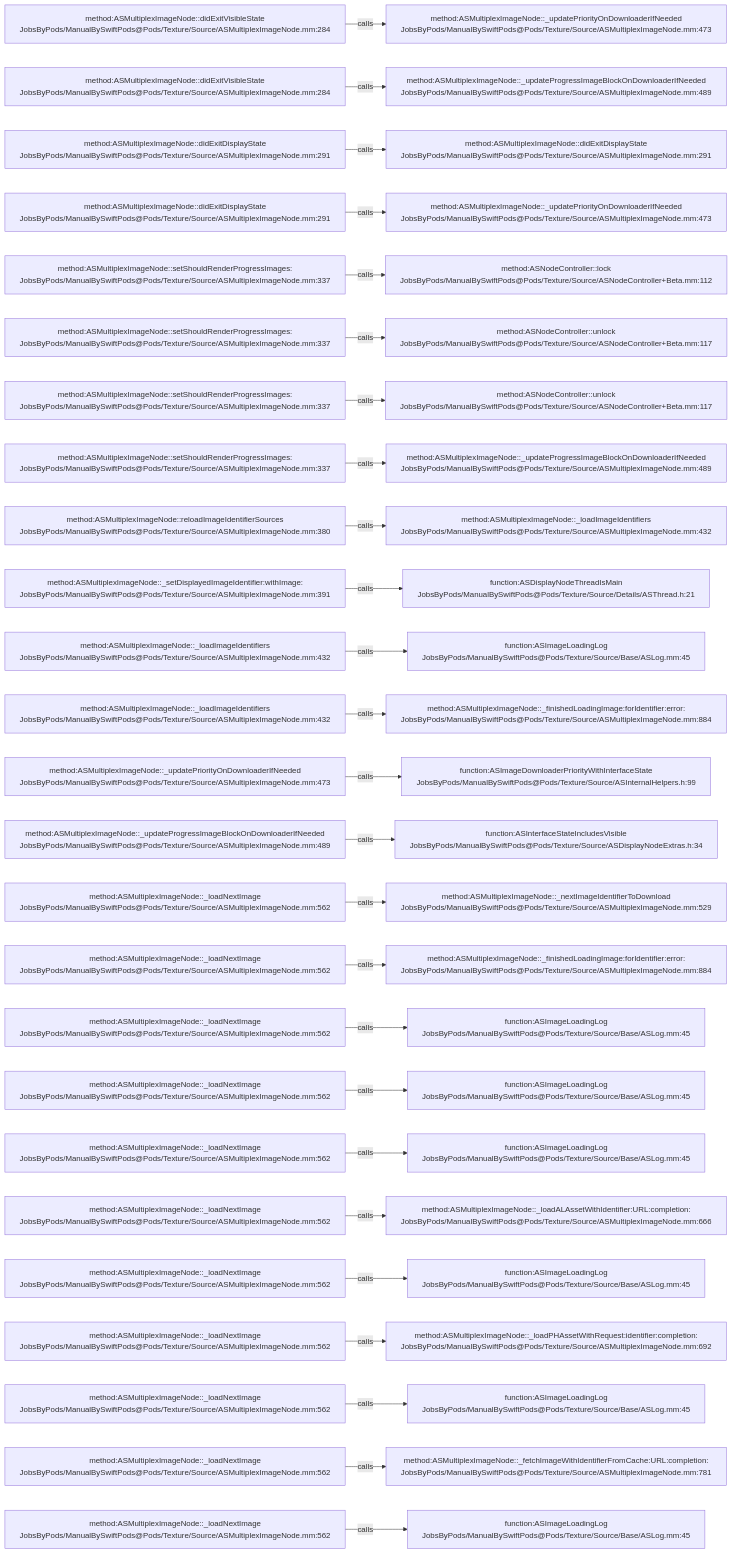
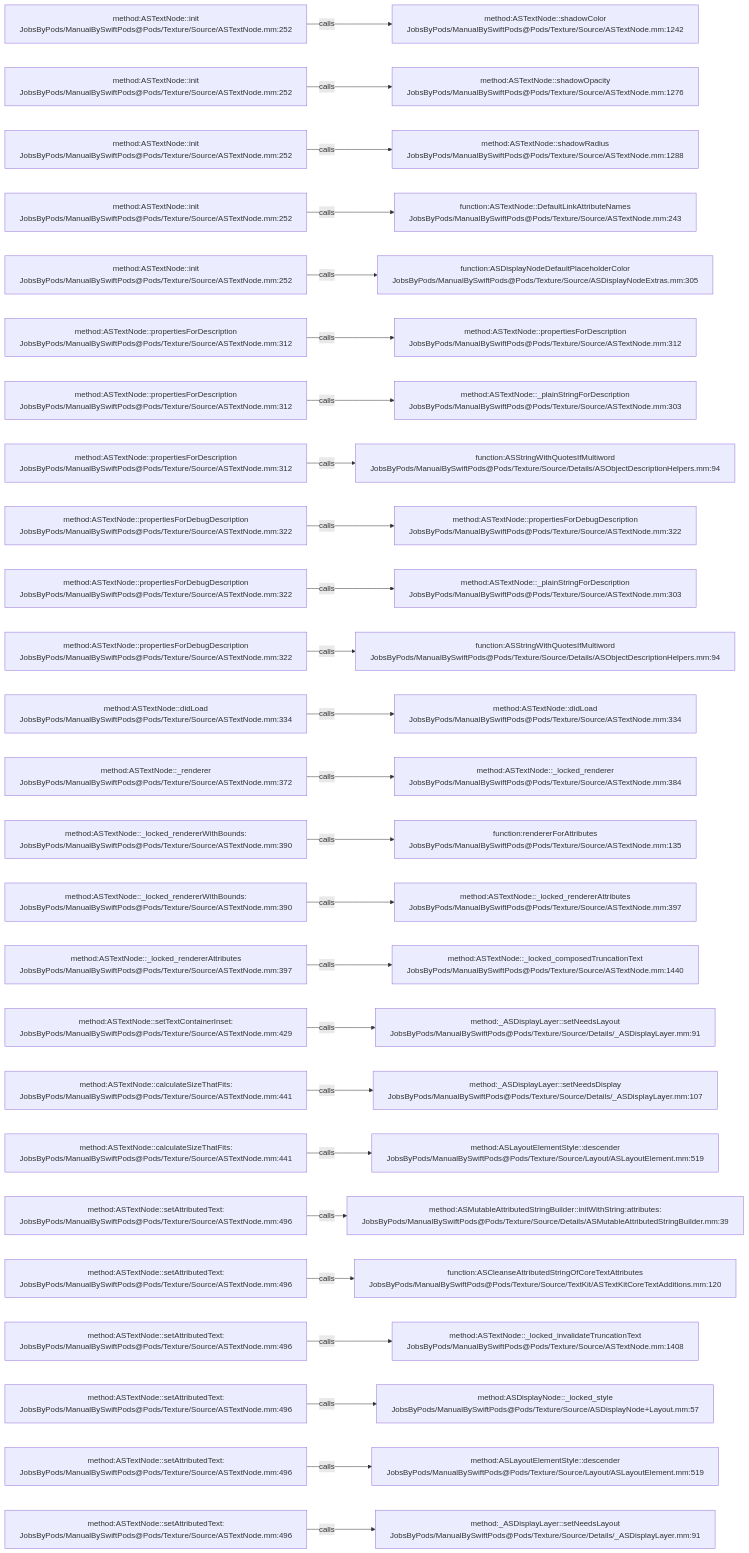
The diagram in .codegraph/codegraph.md/graphs/calls-066.md (JobsKits/JobsSwiftBaseConfigDemo), drawn with Mermaid before and after one commit. The commit also changed 832 other files, not shown here.

````diff
--- a/.codegraph/codegraph.md/graphs/calls-066.md
+++ b/.codegraph/codegraph.md/graphs/calls-066.md
@@ -13,78 +13,78 @@
 ```mermaid
 flowchart LR
-  S1["method:ASMultiplexImageNode::didExitVisibleState<br/>JobsByPods/ManualBySwiftPods@Pods/Texture/Source/ASMultiplexImageNode.mm:284"]
-  T1["method:ASMultiplexImageNode::_updatePriorityOnDownloaderIfNeeded<br/>JobsByPods/ManualBySwiftPods@Pods/Texture/Source/ASMultiplexImageNode.mm:473"]
+  S1["method:ASTextNode::init<br/>JobsByPods/ManualBySwiftPods@Pods/Texture/Source/ASTextNode.mm:252"]
+  T1["method:ASTextNode::shadowColor<br/>JobsByPods/ManualBySwiftPods@Pods/Texture/Source/ASTextNode.mm:1242"]
   S1 -->|calls| T1
-  S2["method:ASMultiplexImageNode::didExitVisibleState<br/>JobsByPods/ManualBySwiftPods@Pods/Texture/Source/ASMultiplexImageNode.mm:284"]
-  T2["method:ASMultiplexImageNode::_updateProgressImageBlockOnDownloaderIfNeeded<br/>JobsByPods/ManualBySwiftPods@Pods/Texture/Source/ASMultiplexImageNode.mm:489"]
+  S2["method:ASTextNode::init<br/>JobsByPods/ManualBySwiftPods@Pods/Texture/Source/ASTextNode.mm:252"]
+  T2["method:ASTextNode::shadowOpacity<br/>JobsByPods/ManualBySwiftPods@Pods/Texture/Source/ASTextNode.mm:1276"]
   S2 -->|calls| T2
-  S3["method:ASMultiplexImageNode::didExitDisplayState<br/>JobsByPods/ManualBySwiftPods@Pods/Texture/Source/ASMultiplexImageNode.mm:291"]
-  T3["method:ASMultiplexImageNode::didExitDisplayState<br/>JobsByPods/ManualBySwiftPods@Pods/Texture/Source/ASMultiplexImageNode.mm:291"]
+  S3["method:ASTextNode::init<br/>JobsByPods/ManualBySwiftPods@Pods/Texture/Source/ASTextNode.mm:252"]
+  T3["method:ASTextNode::shadowRadius<br/>JobsByPods/ManualBySwiftPods@Pods/Texture/Source/ASTextNode.mm:1288"]
   S3 -->|calls| T3
-  S4["method:ASMultiplexImageNode::didExitDisplayState<br/>JobsByPods/ManualBySwiftPods@Pods/Texture/Source/ASMultiplexImageNode.mm:291"]
-  T4["method:ASMultiplexImageNode::_updatePriorityOnDownloaderIfNeeded<br/>JobsByPods/ManualBySwiftPods@Pods/Texture/Source/ASMultiplexImageNode.mm:473"]
+  S4["method:ASTextNode::init<br/>JobsByPods/ManualBySwiftPods@Pods/Texture/Source/ASTextNode.mm:252"]
+  T4["function:ASTextNode::DefaultLinkAttributeNames<br/>JobsByPods/ManualBySwiftPods@Pods/Texture/Source/ASTextNode.mm:243"]
   S4 -->|calls| T4
-  S5["method:ASMultiplexImageNode::setShouldRenderProgressImages:<br/>JobsByPods/ManualBySwiftPods@Pods/Texture/Source/ASMultiplexImageNode.mm:337"]
-  T5["method:ASNodeController::lock<br/>JobsByPods/ManualBySwiftPods@Pods/Texture/Source/ASNodeController+Beta.mm:112"]
+  S5["method:ASTextNode::init<br/>JobsByPods/ManualBySwiftPods@Pods/Texture/Source/ASTextNode.mm:252"]
+  T5["function:ASDisplayNodeDefaultPlaceholderColor<br/>JobsByPods/ManualBySwiftPods@Pods/Texture/Source/ASDisplayNodeExtras.mm:305"]
   S5 -->|calls| T5
-  S6["method:ASMultiplexImageNode::setShouldRenderProgressImages:<br/>JobsByPods/ManualBySwiftPods@Pods/Texture/Source/ASMultiplexImageNode.mm:337"]
-  T6["method:ASNodeController::unlock<br/>JobsByPods/ManualBySwiftPods@Pods/Texture/Source/ASNodeController+Beta.mm:117"]
+  S6["method:ASTextNode::propertiesForDescription<br/>JobsByPods/ManualBySwiftPods@Pods/Texture/Source/ASTextNode.mm:312"]
+  T6["method:ASTextNode::propertiesForDescription<br/>JobsByPods/ManualBySwiftPods@Pods/Texture/Source/ASTextNode.mm:312"]
   S6 -->|calls| T6
-  S7["method:ASMultiplexImageNode::setShouldRenderProgressImages:<br/>JobsByPods/ManualBySwiftPods@Pods/Texture/Source/ASMultiplexImageNode.mm:337"]
-  T7["method:ASNodeController::unlock<br/>JobsByPods/ManualBySwiftPods@Pods/Texture/Source/ASNodeController+Beta.mm:117"]
+  S7["method:ASTextNode::propertiesForDescription<br/>JobsByPods/ManualBySwiftPods@Pods/Texture/Source/ASTextNode.mm:312"]
+  T7["method:ASTextNode::_plainStringForDescription<br/>JobsByPods/ManualBySwiftPods@Pods/Texture/Source/ASTextNode.mm:303"]
   S7 -->|calls| T7
-  S8["method:ASMultiplexImageNode::setShouldRenderProgressImages:<br/>JobsByPods/ManualBySwiftPods@Pods/Texture/Source/ASMultiplexImageNode.mm:337"]
-  T8["method:ASMultiplexImageNode::_updateProgressImageBlockOnDownloaderIfNeeded<br/>JobsByPods/ManualBySwiftPods@Pods/Texture/Source/ASMultiplexImageNode.mm:489"]
+  S8["method:ASTextNode::propertiesForDescription<br/>JobsByPods/ManualBySwiftPods@Pods/Texture/Source/ASTextNode.mm:312"]
+  T8["function:ASStringWithQuotesIfMultiword<br/>JobsByPods/ManualBySwiftPods@Pods/Texture/Source/Details/ASObjectDescriptionHelpers.mm:94"]
   S8 -->|calls| T8
-  S9["method:ASMultiplexImageNode::reloadImageIdentifierSources<br/>JobsByPods/ManualBySwiftPods@Pods/Texture/Source/ASMultiplexImageNode.mm:380"]
-  T9["method:ASMultiplexImageNode::_loadImageIdentifiers<br/>JobsByPods/ManualBySwiftPods@Pods/Texture/Source/ASMultiplexImageNode.mm:432"]
+  S9["method:ASTextNode::propertiesForDebugDescription<br/>JobsByPods/ManualBySwiftPods@Pods/Texture/Source/ASTextNode.mm:322"]
+  T9["method:ASTextNode::propertiesForDebugDescription<br/>JobsByPods/ManualBySwiftPods@Pods/Texture/Source/ASTextNode.mm:322"]
   S9 -->|calls| T9
-  S10["method:ASMultiplexImageNode::_setDisplayedImageIdentifier:withImage:<br/>JobsByPods/ManualBySwiftPods@Pods/Texture/Source/ASMultiplexImageNode.mm:391"]
-  T10["function:ASDisplayNodeThreadIsMain<br/>JobsByPods/ManualBySwiftPods@Pods/Texture/Source/Details/ASThread.h:21"]
+  S10["method:ASTextNode::propertiesForDebugDescription<br/>JobsByPods/ManualBySwiftPods@Pods/Texture/Source/ASTextNode.mm:322"]
+  T10["method:ASTextNode::_plainStringForDescription<br/>JobsByPods/ManualBySwiftPods@Pods/Texture/Source/ASTextNode.mm:303"]
   S10 -->|calls| T10
-  S11["method:ASMultiplexImageNode::_loadImageIdentifiers<br/>JobsByPods/ManualBySwiftPods@Pods/Texture/Source/ASMultiplexImageNode.mm:432"]
-  T11["function:ASImageLoadingLog<br/>JobsByPods/ManualBySwiftPods@Pods/Texture/Source/Base/ASLog.mm:45"]
+  S11["method:ASTextNode::propertiesForDebugDescription<br/>JobsByPods/ManualBySwiftPods@Pods/Texture/Source/ASTextNode.mm:322"]
+  T11["function:ASStringWithQuotesIfMultiword<br/>JobsByPods/ManualBySwiftPods@Pods/Texture/Source/Details/ASObjectDescriptionHelpers.mm:94"]
   S11 -->|calls| T11
-  S12["method:ASMultiplexImageNode::_loadImageIdentifiers<br/>JobsByPods/ManualBySwiftPods@Pods/Texture/Source/ASMultiplexImageNode.mm:432"]
-  T12["method:ASMultiplexImageNode::_finishedLoadingImage:forIdentifier:error:<br/>JobsByPods/ManualBySwiftPods@Pods/Texture/Source/ASMultiplexImageNode.mm:884"]
+  S12["method:ASTextNode::didLoad<br/>JobsByPods/ManualBySwiftPods@Pods/Texture/Source/ASTextNode.mm:334"]
+  T12["method:ASTextNode::didLoad<br/>JobsByPods/ManualBySwiftPods@Pods/Texture/Source/ASTextNode.mm:334"]
   S12 -->|calls| T12
-  S13["method:ASMultiplexImageNode::_updatePriorityOnDownloaderIfNeeded<br/>JobsByPods/ManualBySwiftPods@Pods/Texture/Source/ASMultiplexImageNode.mm:473"]
-  T13["function:ASImageDownloaderPriorityWithInterfaceState<br/>JobsByPods/ManualBySwiftPods@Pods/Texture/Source/ASInternalHelpers.h:99"]
+  S13["method:ASTextNode::_renderer<br/>JobsByPods/ManualBySwiftPods@Pods/Texture/Source/ASTextNode.mm:372"]
+  T13["method:ASTextNode::_locked_renderer<br/>JobsByPods/ManualBySwiftPods@Pods/Texture/Source/ASTextNode.mm:384"]
   S13 -->|calls| T13
-  S14["method:ASMultiplexImageNode::_updateProgressImageBlockOnDownloaderIfNeeded<br/>JobsByPods/ManualBySwiftPods@Pods/Texture/Source/ASMultiplexImageNode.mm:489"]
-  T14["function:ASInterfaceStateIncludesVisible<br/>JobsByPods/ManualBySwiftPods@Pods/Texture/Source/ASDisplayNodeExtras.h:34"]
+  S14["method:ASTextNode::_locked_rendererWithBounds:<br/>JobsByPods/ManualBySwiftPods@Pods/Texture/Source/ASTextNode.mm:390"]
+  T14["function:rendererForAttributes<br/>JobsByPods/ManualBySwiftPods@Pods/Texture/Source/ASTextNode.mm:135"]
   S14 -->|calls| T14
-  S15["method:ASMultiplexImageNode::_loadNextImage<br/>JobsByPods/ManualBySwiftPods@Pods/Texture/Source/ASMultiplexImageNode.mm:562"]
-  T15["method:ASMultiplexImageNode::_nextImageIdentifierToDownload<br/>JobsByPods/ManualBySwiftPods@Pods/Texture/Source/ASMultiplexImageNode.mm:529"]
+  S15["method:ASTextNode::_locked_rendererWithBounds:<br/>JobsByPods/ManualBySwiftPods@Pods/Texture/Source/ASTextNode.mm:390"]
+  T15["method:ASTextNode::_locked_rendererAttributes<br/>JobsByPods/ManualBySwiftPods@Pods/Texture/Source/ASTextNode.mm:397"]
   S15 -->|calls| T15
-  S16["method:ASMultiplexImageNode::_loadNextImage<br/>JobsByPods/ManualBySwiftPods@Pods/Texture/Source/ASMultiplexImageNode.mm:562"]
-  T16["method:ASMultiplexImageNode::_finishedLoadingImage:forIdentifier:error:<br/>JobsByPods/ManualBySwiftPods@Pods/Texture/Source/ASMultiplexImageNode.mm:884"]
+  S16["method:ASTextNode::_locked_rendererAttributes<br/>JobsByPods/ManualBySwiftPods@Pods/Texture/Source/ASTextNode.mm:397"]
+  T16["method:ASTextNode::_locked_composedTruncationText<br/>JobsByPods/ManualBySwiftPods@Pods/Texture/Source/ASTextNode.mm:1440"]
   S16 -->|calls| T16
-  S17["method:ASMultiplexImageNode::_loadNextImage<br/>JobsByPods/ManualBySwiftPods@Pods/Texture/Source/ASMultiplexImageNode.mm:562"]
-  T17["function:ASImageLoadingLog<br/>JobsByPods/ManualBySwiftPods@Pods/Texture/Source/Base/ASLog.mm:45"]
+  S17["method:ASTextNode::setTextContainerInset:<br/>JobsByPods/ManualBySwiftPods@Pods/Texture/Source/ASTextNode.mm:429"]
+  T17["method:_ASDisplayLayer::setNeedsLayout<br/>JobsByPods/ManualBySwiftPods@Pods/Texture/Source/Details/_ASDisplayLayer.mm:91"]
   S17 -->|calls| T17
-  S18["method:ASMultiplexImageNode::_loadNextImage<br/>JobsByPods/ManualBySwiftPods@Pods/Texture/Source/ASMultiplexImageNode.mm:562"]
-  T18["function:ASImageLoadingLog<br/>JobsByPods/ManualBySwiftPods@Pods/Texture/Source/Base/ASLog.mm:45"]
+  S18["method:ASTextNode::calculateSizeThatFits:<br/>JobsByPods/ManualBySwiftPods@Pods/Texture/Source/ASTextNode.mm:441"]
+  T18["method:_ASDisplayLayer::setNeedsDisplay<br/>JobsByPods/ManualBySwiftPods@Pods/Texture/Source/Details/_ASDisplayLayer.mm:107"]
   S18 -->|calls| T18
-  S19["method:ASMultiplexImageNode::_loadNextImage<br/>JobsByPods/ManualBySwiftPods@Pods/Texture/Source/ASMultiplexImageNode.mm:562"]
-  T19["function:ASImageLoadingLog<br/>JobsByPods/ManualBySwiftPods@Pods/Texture/Source/Base/ASLog.mm:45"]
+  S19["method:ASTextNode::calculateSizeThatFits:<br/>JobsByPods/ManualBySwiftPods@Pods/Texture/Source/ASTextNode.mm:441"]
+  T19["method:ASLayoutElementStyle::descender<br/>JobsByPods/ManualBySwiftPods@Pods/Texture/Source/Layout/ASLayoutElement.mm:519"]
   S19 -->|calls| T19
-  S20["method:ASMultiplexImageNode::_loadNextImage<br/>JobsByPods/ManualBySwiftPods@Pods/Texture/Source/ASMultiplexImageNode.mm:562"]
-  T20["method:ASMultiplexImageNode::_loadALAssetWithIdentifier:URL:completion:<br/>JobsByPods/ManualBySwiftPods@Pods/Texture/Source/ASMultiplexImageNode.mm:666"]
+  S20["method:ASTextNode::setAttributedText:<br/>JobsByPods/ManualBySwiftPods@Pods/Texture/Source/ASTextNode.mm:496"]
+  T20["method:ASMutableAttributedStringBuilder::initWithString:attributes:<br/>JobsByPods/ManualBySwiftPods@Pods/Texture/Source/Details/ASMutableAttributedStringBuilder.mm:39"]
   S20 -->|calls| T20
-  S21["method:ASMultiplexImageNode::_loadNextImage<br/>JobsByPods/ManualBySwiftPods@Pods/Texture/Source/ASMultiplexImageNode.mm:562"]
-  T21["function:ASImageLoadingLog<br/>JobsByPods/ManualBySwiftPods@Pods/Texture/Source/Base/ASLog.mm:45"]
+  S21["method:ASTextNode::setAttributedText:<br/>JobsByPods/ManualBySwiftPods@Pods/Texture/Source/ASTextNode.mm:496"]
+  T21["function:ASCleanseAttributedStringOfCoreTextAttributes<br/>JobsByPods/ManualBySwiftPods@Pods/Texture/Source/TextKit/ASTextKitCoreTextAdditions.mm:120"]
   S21 -->|calls| T21
-  S22["method:ASMultiplexImageNode::_loadNextImage<br/>JobsByPods/ManualBySwiftPods@Pods/Texture/Source/ASMultiplexImageNode.mm:562"]
-  T22["method:ASMultiplexImageNode::_loadPHAssetWithRequest:identifier:completion:<br/>JobsByPods/ManualBySwiftPods@Pods/Texture/Source/ASMultiplexImageNode.mm:692"]
+  S22["method:ASTextNode::setAttributedText:<br/>JobsByPods/ManualBySwiftPods@Pods/Texture/Source/ASTextNode.mm:496"]
+  T22["method:ASTextNode::_locked_invalidateTruncationText<br/>JobsByPods/ManualBySwiftPods@Pods/Texture/Source/ASTextNode.mm:1408"]
   S22 -->|calls| T22
-  S23["method:ASMultiplexImageNode::_loadNextImage<br/>JobsByPods/ManualBySwiftPods@Pods/Texture/Source/ASMultiplexImageNode.mm:562"]
-  T23["function:ASImageLoadingLog<br/>JobsByPods/ManualBySwiftPods@Pods/Texture/Source/Base/ASLog.mm:45"]
+  S23["method:ASTextNode::setAttributedText:<br/>JobsByPods/ManualBySwiftPods@Pods/Texture/Source/ASTextNode.mm:496"]
+  T23["method:ASDisplayNode::_locked_style<br/>JobsByPods/ManualBySwiftPods@Pods/Texture/Source/ASDisplayNode+Layout.mm:57"]
   S23 -->|calls| T23
-  S24["method:ASMultiplexImageNode::_loadNextImage<br/>JobsByPods/ManualBySwiftPods@Pods/Texture/Source/ASMultiplexImageNode.mm:562"]
-  T24["method:ASMultiplexImageNode::_fetchImageWithIdentifierFromCache:URL:completion:<br/>JobsByPods/ManualBySwiftPods@Pods/Texture/Source/ASMultiplexImageNode.mm:781"]
+  S24["method:ASTextNode::setAttributedText:<br/>JobsByPods/ManualBySwiftPods@Pods/Texture/Source/ASTextNode.mm:496"]
+  T24["method:ASLayoutElementStyle::descender<br/>JobsByPods/ManualBySwiftPods@Pods/Texture/Source/Layout/ASLayoutElement.mm:519"]
   S24 -->|calls| T24
-  S25["method:ASMultiplexImageNode::_loadNextImage<br/>JobsByPods/ManualBySwiftPods@Pods/Texture/Source/ASMultiplexImageNode.mm:562"]
-  T25["function:ASImageLoadingLog<br/>JobsByPods/ManualBySwiftPods@Pods/Texture/Source/Base/ASLog.mm:45"]
+  S25["method:ASTextNode::setAttributedText:<br/>JobsByPods/ManualBySwiftPods@Pods/Texture/Source/ASTextNode.mm:496"]
+  T25["method:_ASDisplayLayer::setNeedsLayout<br/>JobsByPods/ManualBySwiftPods@Pods/Texture/Source/Details/_ASDisplayLayer.mm:91"]
   S25 -->|calls| T25
 ```
````
